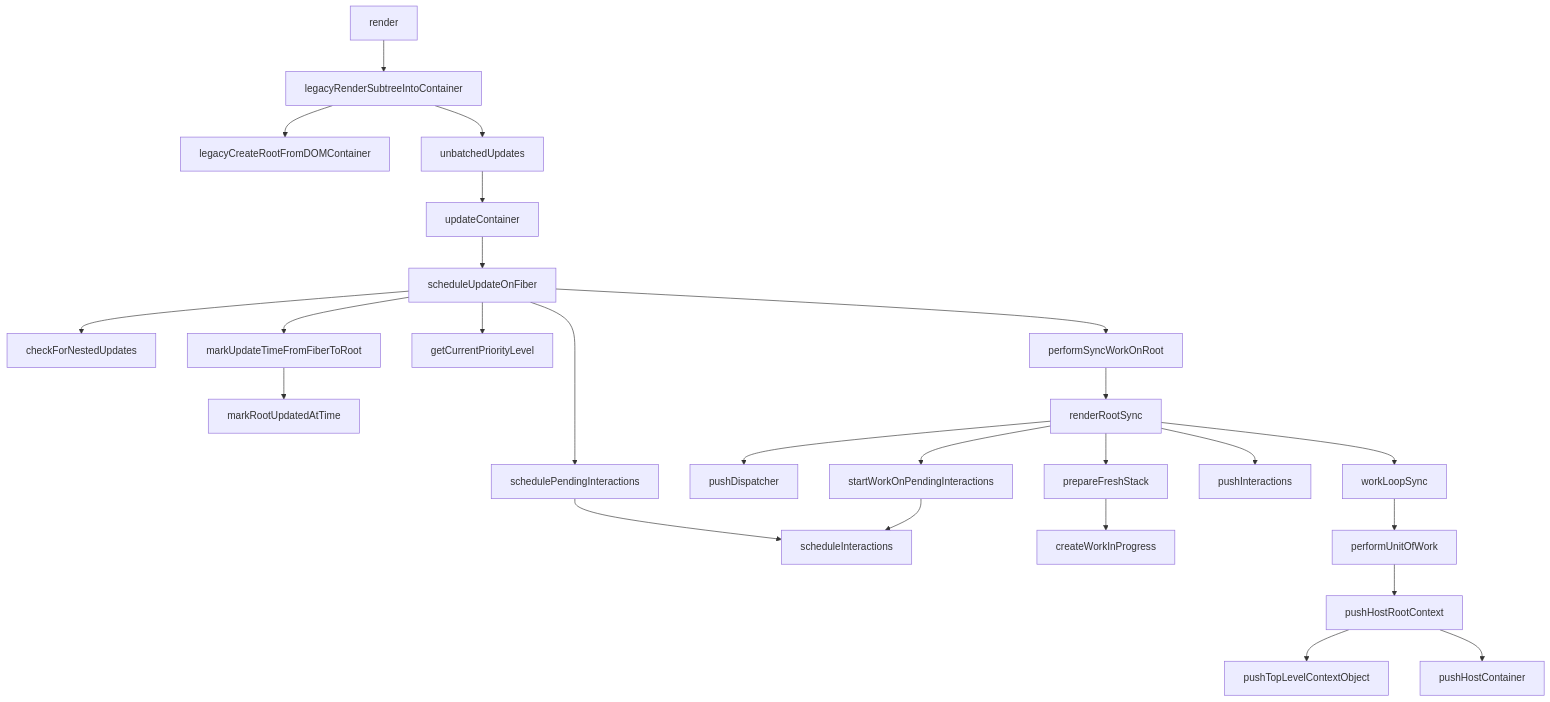
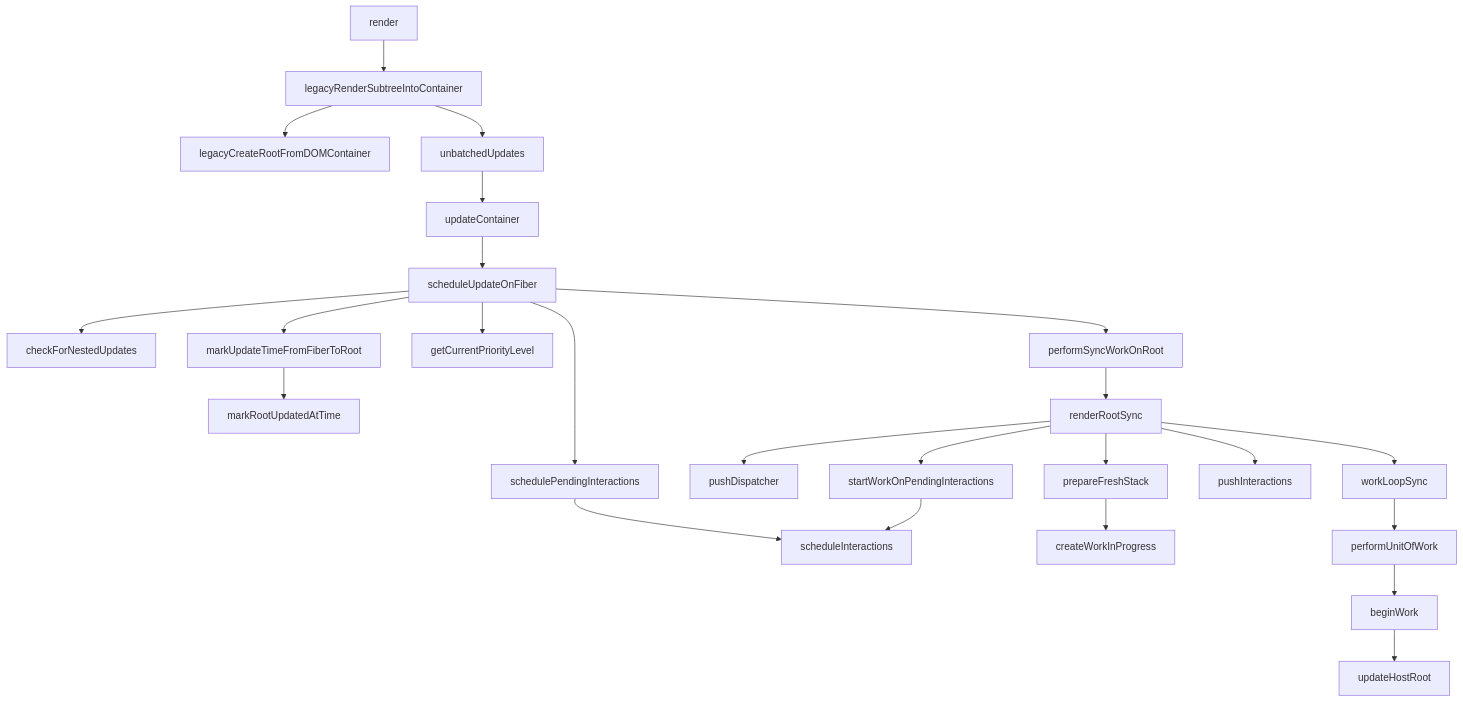
One commit to ginnko/ginnko.github.io changed the diagram in source/_posts/2020-07-15-react源码学习之首次渲染调度更新的过程.md. Above: the diagram before and after it, drawn with Mermaid. The commit also changed other lines of this file, not shown here.

````diff
--- a/source/_posts/2020-07-15-react源码学习之首次渲染调度更新的过程.md
+++ b/source/_posts/2020-07-15-react源码学习之首次渲染调度更新的过程.md
@@ -16,28 +16,27 @@
 ```mermaid
 graph TD;
 
   render --> legacyRenderSubtreeIntoContainer;
   legacyRenderSubtreeIntoContainer --> legacyCreateRootFromDOMContainer;
   legacyRenderSubtreeIntoContainer --> unbatchedUpdates;
   unbatchedUpdates --> updateContainer;
   updateContainer --> scheduleUpdateOnFiber;
   scheduleUpdateOnFiber --> checkForNestedUpdates;
   scheduleUpdateOnFiber --> markUpdateTimeFromFiberToRoot;
   markUpdateTimeFromFiberToRoot --> markRootUpdatedAtTime;
   scheduleUpdateOnFiber --> getCurrentPriorityLevel;
   scheduleUpdateOnFiber --> schedulePendingInteractions;
   schedulePendingInteractions --> scheduleInteractions;
   scheduleUpdateOnFiber --> performSyncWorkOnRoot;
   performSyncWorkOnRoot --> renderRootSync;
   renderRootSync --> pushDispatcher;
   renderRootSync --> prepareFreshStack;
   prepareFreshStack --> createWorkInProgress;
   renderRootSync --> startWorkOnPendingInteractions;
   startWorkOnPendingInteractions --> scheduleInteractions;
   renderRootSync --> pushInteractions;
   renderRootSync --> workLoopSync;
   workLoopSync --> performUnitOfWork;
-  performUnitOfWork --> pushHostRootContext;
-  pushHostRootContext --> pushTopLevelContextObject;
-  pushHostRootContext --> pushHostContainer;
+  performUnitOfWork --> beginWork;
+  beginWork --> updateHostRoot;
 ```
````
